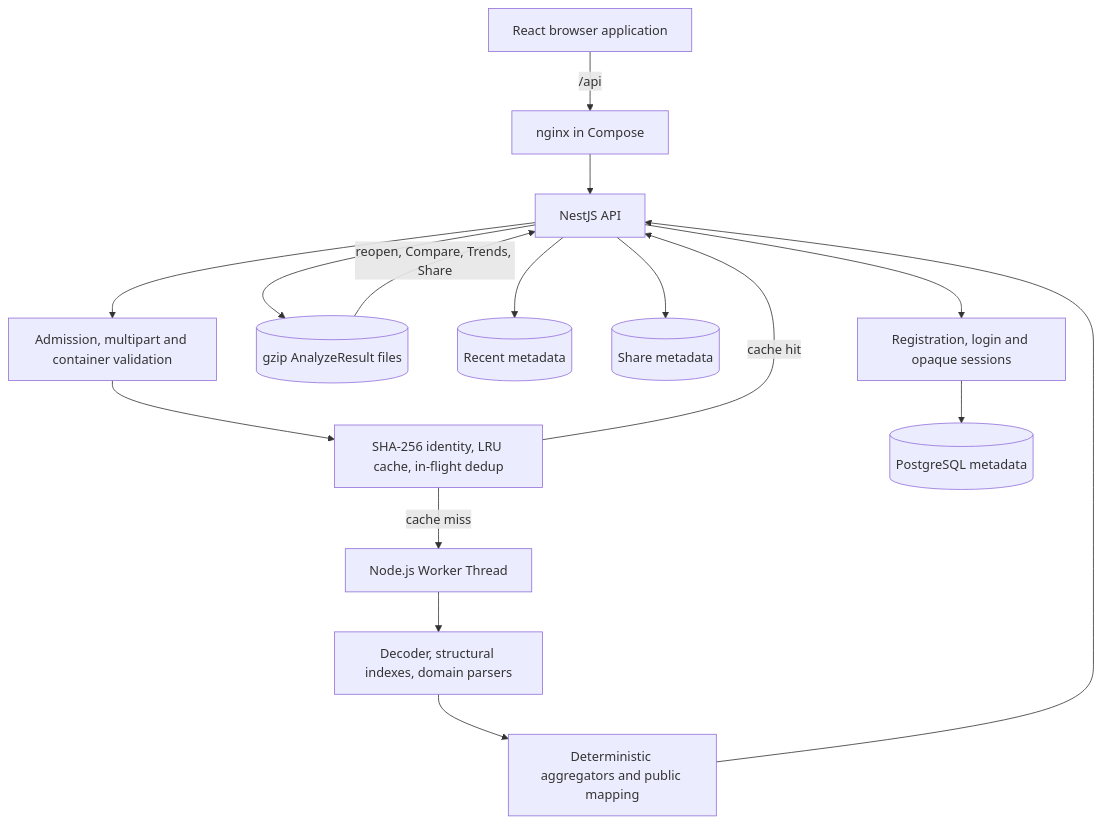
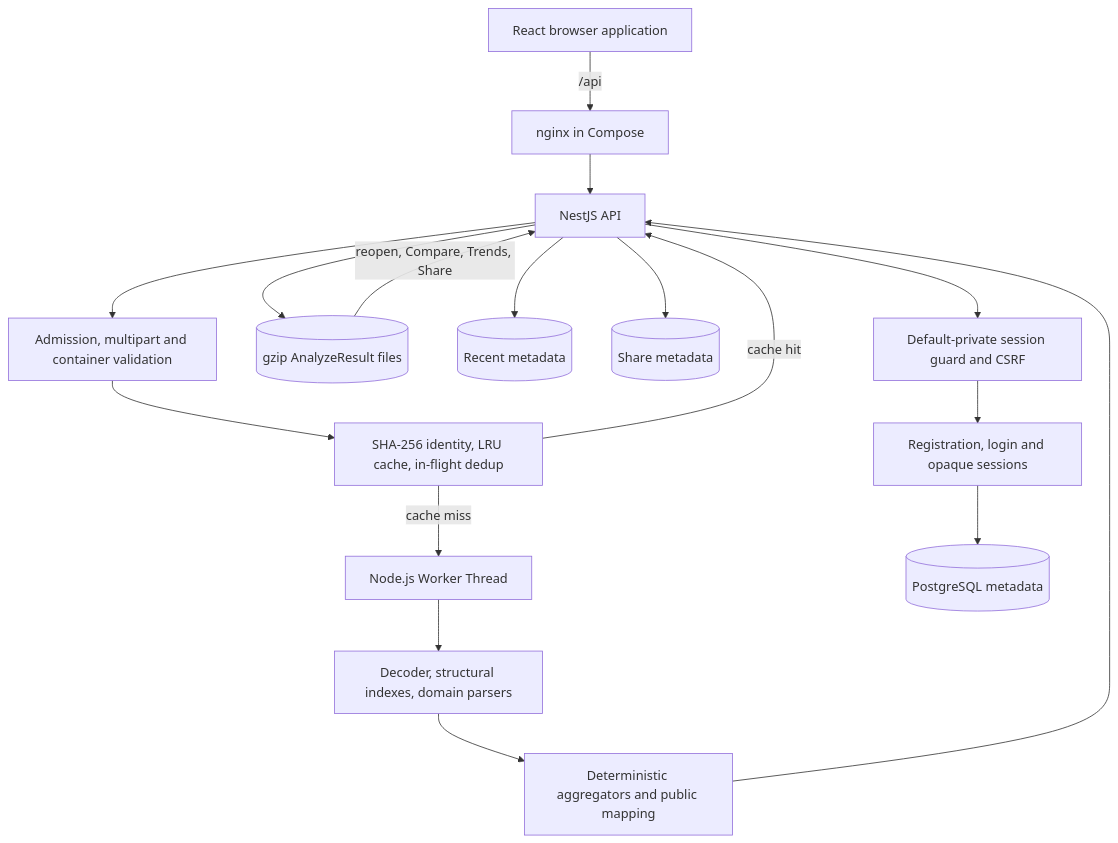
One commit to Panasenko-Vitalii-2005/hoi4-save-tracker changed the diagram in docs/architecture.md. Above: the diagram before and after it, drawn with Mermaid. The commit also changed other lines of this file and 43 other files, not shown here.

````diff
--- a/docs/architecture.md
+++ b/docs/architecture.md
@@ -7,27 +7,29 @@
 ```mermaid
 flowchart TD
   Browser[React browser application]
   Nginx[nginx in Compose]
   API[NestJS API]
   Upload[Admission, multipart and container validation]
   Identity[SHA-256 identity, LRU cache, in-flight dedup]
   Worker[Node.js Worker Thread]
   Parser[Decoder, structural indexes, domain parsers]
   Aggregate[Deterministic aggregators and public mapping]
   Results[(gzip AnalyzeResult files)]
   Recent[(Recent metadata)]
   Shares[(Share metadata)]
   Postgres[(PostgreSQL metadata)]
   Auth[Registration, login and opaque sessions]
+  Guard[Default-private session guard and CSRF]
 
   Browser -->|/api| Nginx
-  Nginx --> API
+  Nginx --> API --> Guard
+  Guard --> Auth
   API --> Upload --> Identity
   Identity -->|cache hit| API
   Identity -->|cache miss| Worker --> Parser --> Aggregate --> API
   API --> Results
   API --> Recent
   API --> Shares
-  API --> Auth --> Postgres
+  Auth --> Postgres
   Results -->|reopen, Compare, Trends, Share| API
 ```
````
